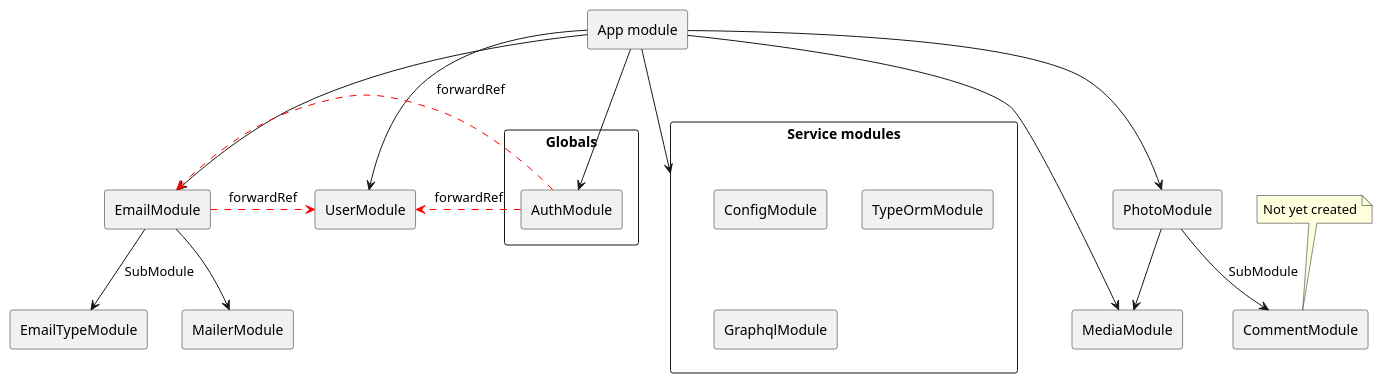
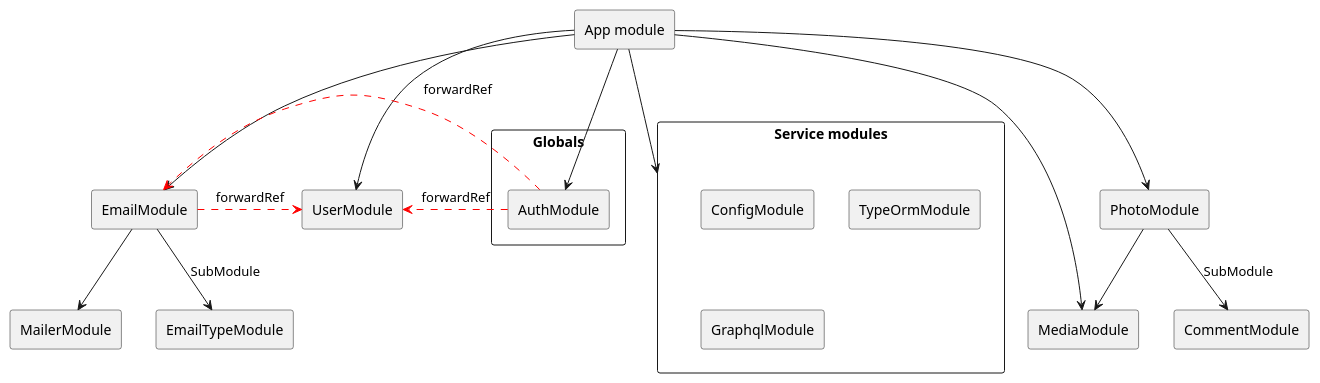
One commit to pivotdude/reacttw changed the diagram in docs/schema.puml. Above: the diagram before and after it, drawn with PlantUML. The commit also changed 58 other files, not shown here.

Commit message:
create photoLike module, comment module, fixed relations

```diff
--- a/docs/schema.puml
+++ b/docs/schema.puml
@@ -1,38 +1,35 @@
 @startuml
 ' Define components
 rectangle "App module" as AppModule
 rectangle "Service modules" {
     rectangle ConfigModule
     rectangle TypeOrmModule
     rectangle GraphqlModule
 }
 rectangle "Globals" {
     rectangle AuthModule
 }
 rectangle MediaModule
 rectangle PhotoModule
 rectangle CommentModule
 rectangle UserModule
 rectangle EmailModule
 rectangle EmailTypeModule
 rectangle MailerModule
 ' Comments
-note top of CommentModule
-    Not yet created
-end note
 ' Define relationships
 AppModule --> MediaModule
 AppModule --> PhotoModule
 AppModule --> UserModule
 AppModule --> EmailModule
 AppModule --> AuthModule
 AppModule --> "Service modules"
 PhotoModule --> MediaModule
 PhotoModule --> CommentModule : SubModule
 EmailModule --> EmailTypeModule : SubModule
 EmailModule --> MailerModule
 ' Forward references (red arrows)
 EmailModule .[#red]> UserModule : forwardRef
 AuthModule .[#red]> UserModule : forwardRef
 AuthModule .[#red]> EmailModule : forwardRef
 @enduml
```
